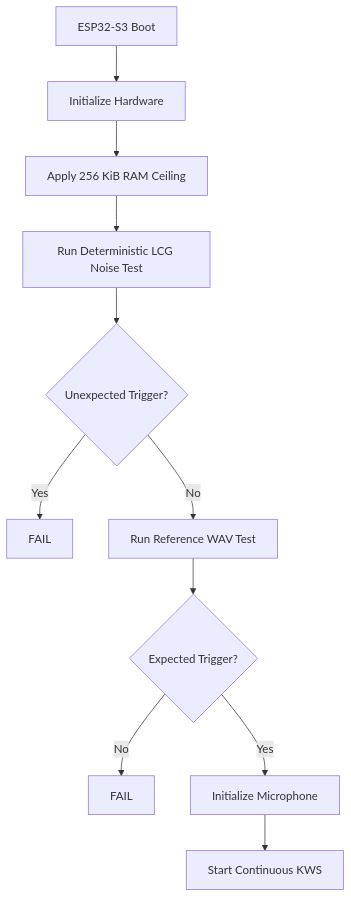
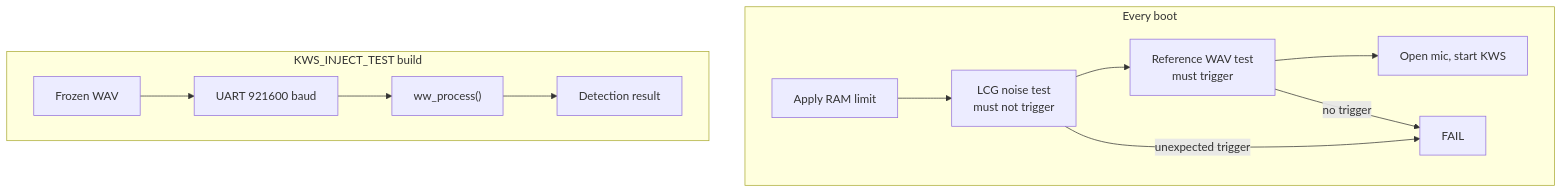
One commit to Raj24-dev/Kws changed diagram 11 of 12 in README.md. Above: the diagram before and after it, drawn with Mermaid. The commit also changed other lines of this file, not shown here.

````diff
--- a/README.md
+++ b/README.md
@@ -1135,28 +231,13 @@
 ```mermaid
 flowchart TD
-
-    A["ESP32-S3 Boot"]
-    B["Initialize Hardware"]
-    C["Apply 256 KiB RAM Ceiling"]
-    D["Run Deterministic LCG Noise Test"]
-    E{"Unexpected Trigger?"}
-    F["FAIL"]
-    G["Run Reference WAV Test"]
-    H{"Expected Trigger?"}
-    I["FAIL"]
-    J["Initialize Microphone"]
-    K["Start Continuous KWS"]
-
-    A --> B
-    B --> C
-    C --> D
-    D --> E
-
-    E -->|Yes| F
-    E -->|No| G
-
-    G --> H
-    H -->|No| I
-    H -->|Yes| J
-    J --> K
+    subgraph BOOT["Every boot"]
+        A["Apply RAM limit"] --> B["LCG noise test<br/>must not trigger"]
+        B --> C["Reference WAV test<br/>must trigger"]
+        C --> D["Open mic, start KWS"]
+        B -->|"unexpected trigger"| X["FAIL"]
+        C -->|"no trigger"| X
+    end
+    subgraph INJ["KWS_INJECT_TEST build"]
+        W["Frozen WAV"] --> U["UART 921600 baud"] --> P["ww_process()"] --> R["Detection result"]
+    end
 ```
````
